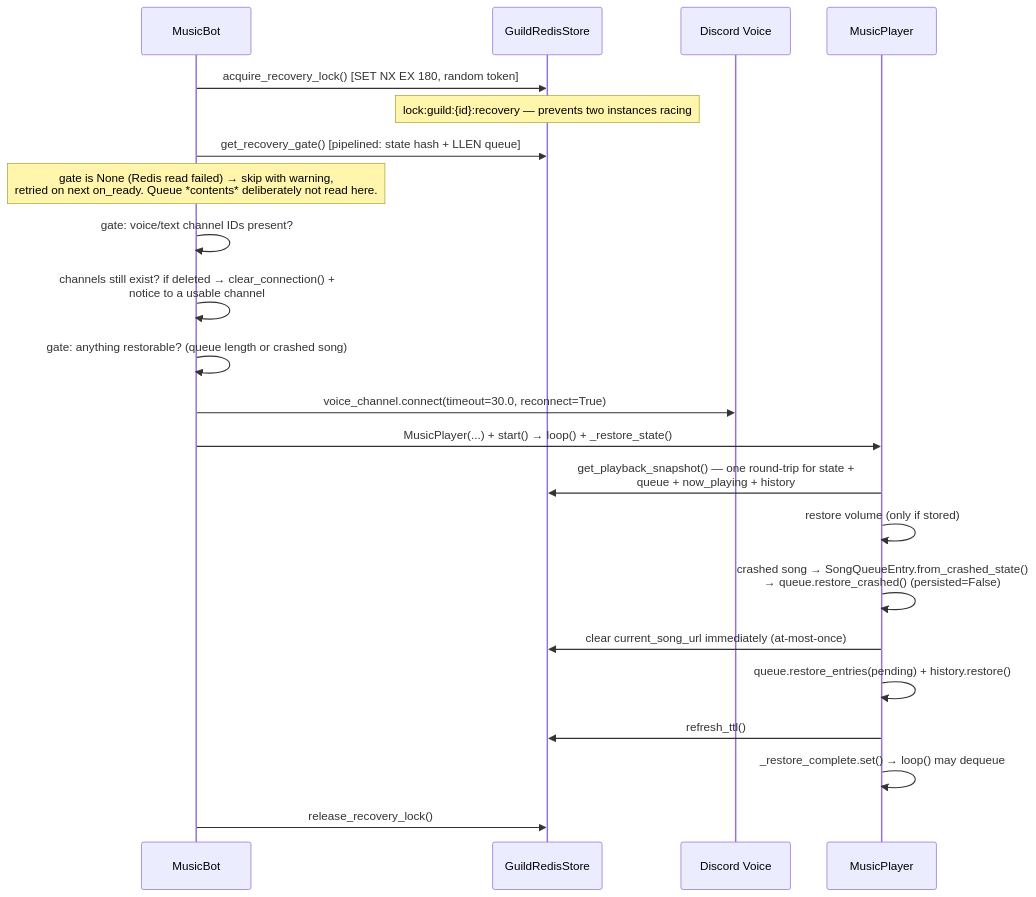
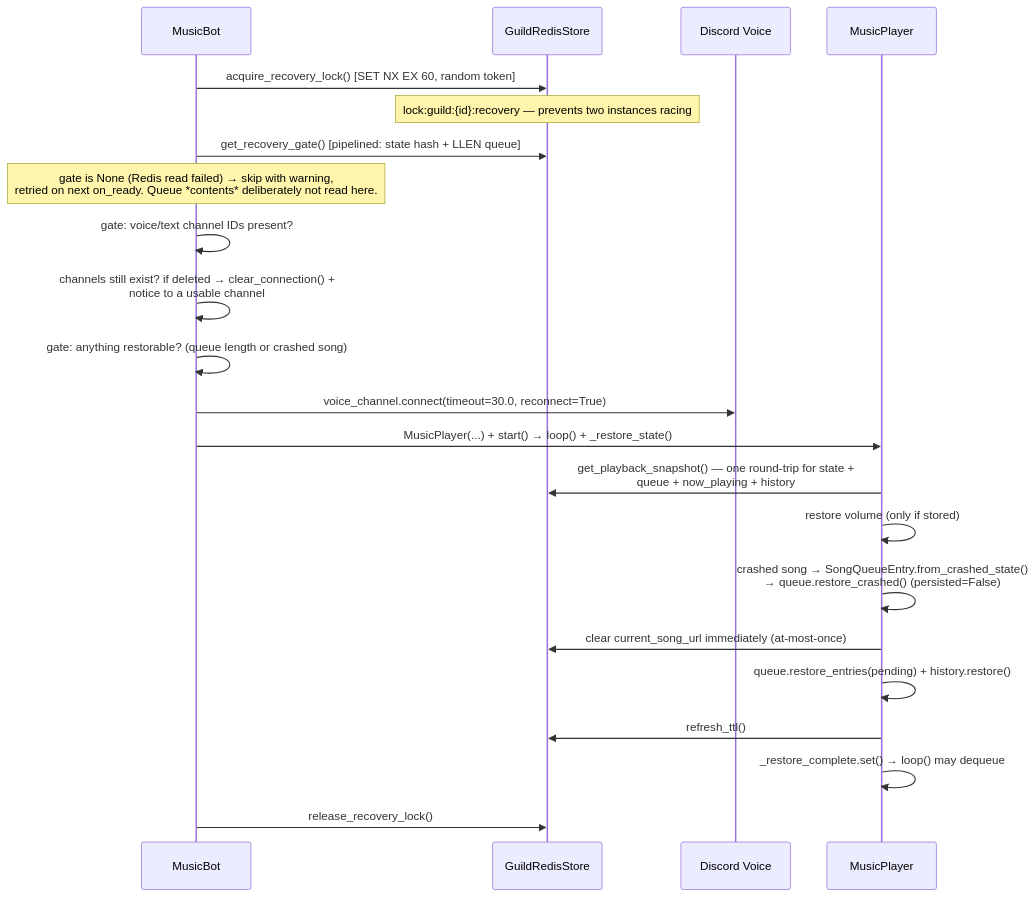
Before and after one commit to kawadeomkar/discord-music-bot: diagram 11 of 15 in docs/ARCHITECTURE.md, drawn with Mermaid. The commit also changed other lines of this file and 4 other files, not shown here.

````diff
--- a/docs/ARCHITECTURE.md
+++ b/docs/ARCHITECTURE.md
@@ -717,27 +717,27 @@
 ```mermaid
 sequenceDiagram
     participant MusicBot
     participant Redis as GuildRedisStore
     participant VC as Discord Voice
     participant MP as MusicPlayer
 
-    MusicBot->>Redis: acquire_recovery_lock() [SET NX EX 180, random token]
+    MusicBot->>Redis: acquire_recovery_lock() [SET NX EX 60, random token]
     Note over Redis: lock:guild:{id}:recovery — prevents two instances racing
     MusicBot->>Redis: get_recovery_gate() [pipelined: state hash + LLEN queue]
     Note over MusicBot: gate is None (Redis read failed) → skip with warning,<br/>retried on next on_ready. Queue *contents* deliberately not read here.
     MusicBot->>MusicBot: gate: voice/text channel IDs present?
     MusicBot->>MusicBot: channels still exist? if deleted → clear_connection() +<br/>notice to a usable channel
     MusicBot->>MusicBot: gate: anything restorable? (queue length or crashed song)
     MusicBot->>VC: voice_channel.connect(timeout=30.0, reconnect=True)
     MusicBot->>MP: MusicPlayer(...) + start() → loop() + _restore_state()
 
     MP->>Redis: get_playback_snapshot() — one round-trip for state +<br/>queue + now_playing + history
     MP->>MP: restore volume (only if stored)
     MP->>MP: crashed song → SongQueueEntry.from_crashed_state()<br/>→ queue.restore_crashed() (persisted=False)
     MP->>Redis: clear current_song_url immediately (at-most-once)
     MP->>MP: queue.restore_entries(pending) + history.restore()
     MP->>Redis: refresh_ttl()
     MP->>MP: _restore_complete.set() → loop() may dequeue
 
     MusicBot->>Redis: release_recovery_lock()
 ```
````
